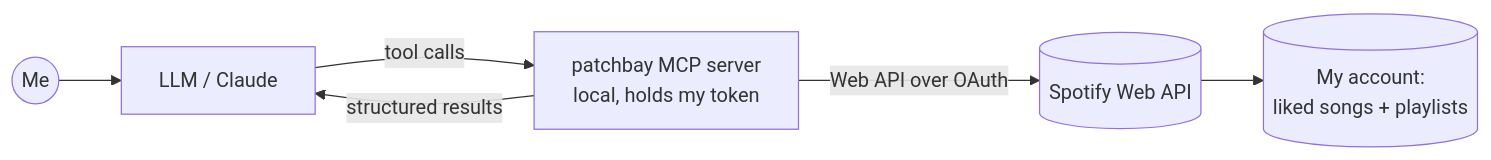
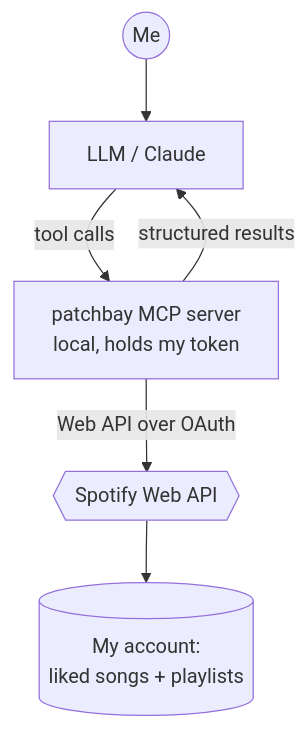
The diagram in log/patchbay-engineering-with-ai/index.qmd (lopes/lopes.id), drawn with Mermaid before and after one commit. The commit also changed other lines of this file, not shown here.

````diff
--- a/log/patchbay-engineering-with-ai/index.qmd
+++ b/log/patchbay-engineering-with-ai/index.qmd
@@ -65,8 +67,8 @@
 ```{mermaid}
-graph LR
+graph TD
   Me((Me)) --> LLM[LLM / Claude]
   LLM -->|tool calls| MCP[patchbay MCP server<br/>local, holds my token]
-  MCP -->|Web API over OAuth| API[(Spotify Web API)]
+  MCP -->|Web API over OAuth| API{{Spotify Web API}}
   API --> Acct[(My account:<br/>liked songs + playlists)]
   MCP -->|structured results| LLM
 ```
````
